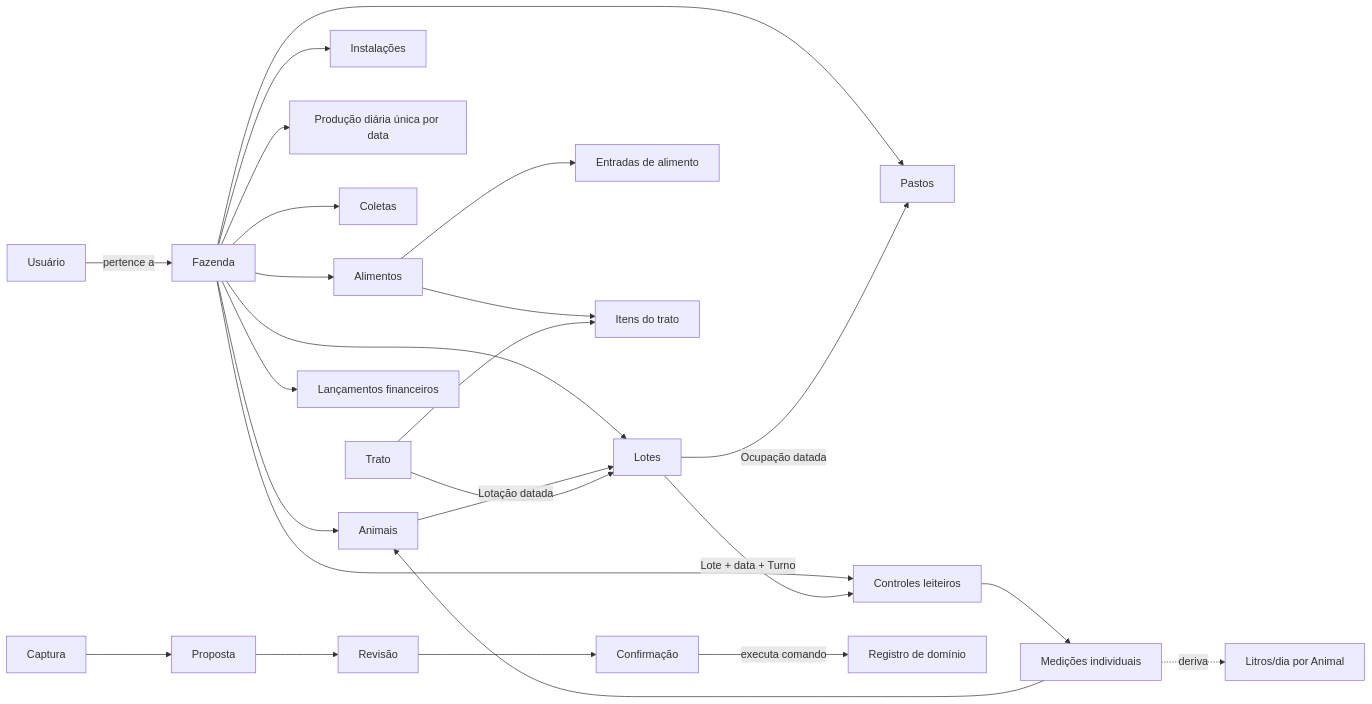
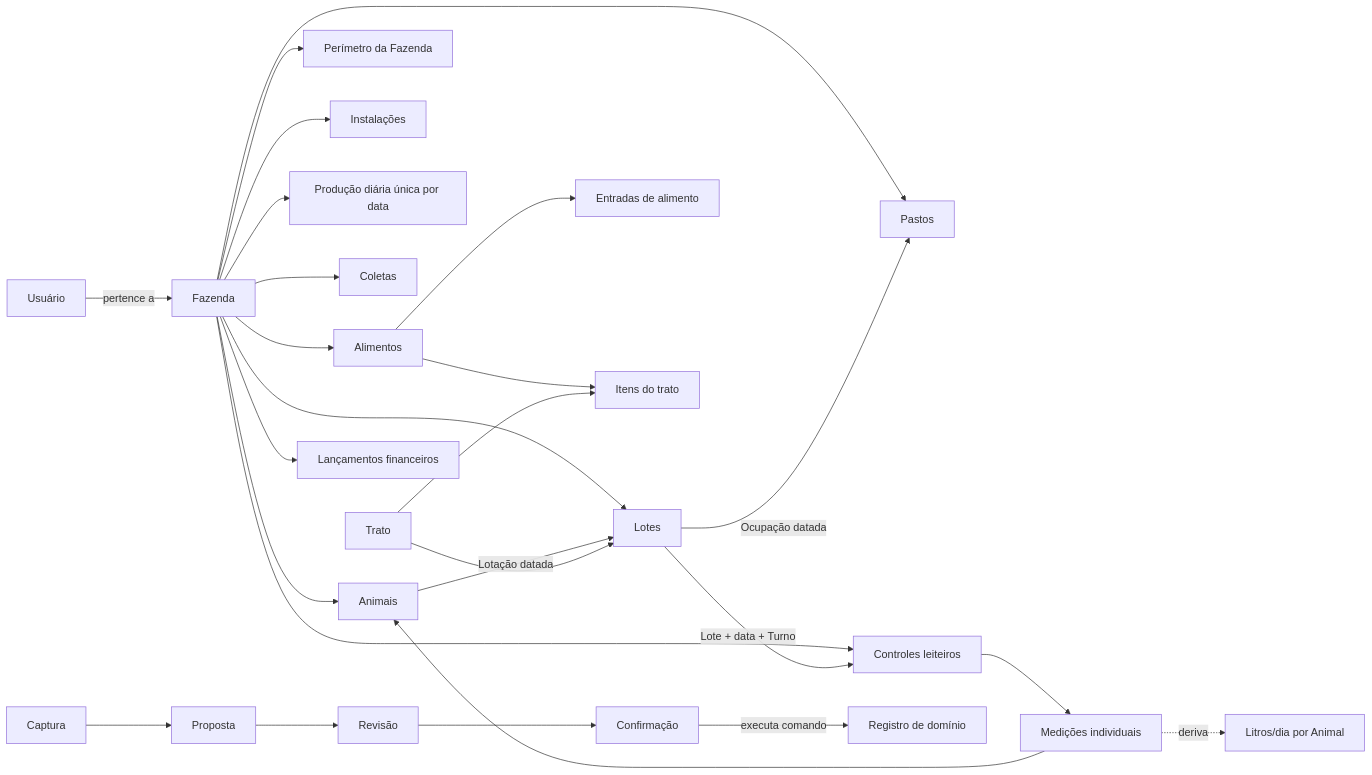
Before and after one commit to otaviovasc/fazendados: the diagram in docs/ONTOLOGY.md, drawn with Mermaid. The commit also changed other lines of this file and 45 other files, not shown here.

````diff
--- a/docs/ONTOLOGY.md
+++ b/docs/ONTOLOGY.md
@@ -22,31 +22,32 @@
 ```mermaid
 flowchart LR
   U[Usuário] -->|pertence a| F[Fazenda]
   F --> A[Animais]
   F --> L[Lotes]
+  F --> B[Perímetro da Fazenda]
   F --> P[Pastos]
   F --> I[Instalações]
   A -->|Lotação datada| L
   L -->|Ocupação datada| P
 
   F --> PD[Produção diária única por data]
   F --> CL[Controles leiteiros]
   L -->|Lote + data + Turno| CL
   CL --> MI[Medições individuais]
   MI --> A
   MI -.->|deriva| LD[Litros/dia por Animal]
   F --> C[Coletas]
 
   F --> AL[Alimentos]
   AL --> EA[Entradas de alimento]
   AL --> IT[Itens do trato]
   T[Trato] --> IT
   T --> L
 
   F --> LF[Lançamentos financeiros]
 
   CAP[Captura] --> PROP[Proposta]
   PROP --> REV[Revisão]
   REV --> CONF[Confirmação]
   CONF -->|executa comando| REG[Registro de domínio]
 ```
````
